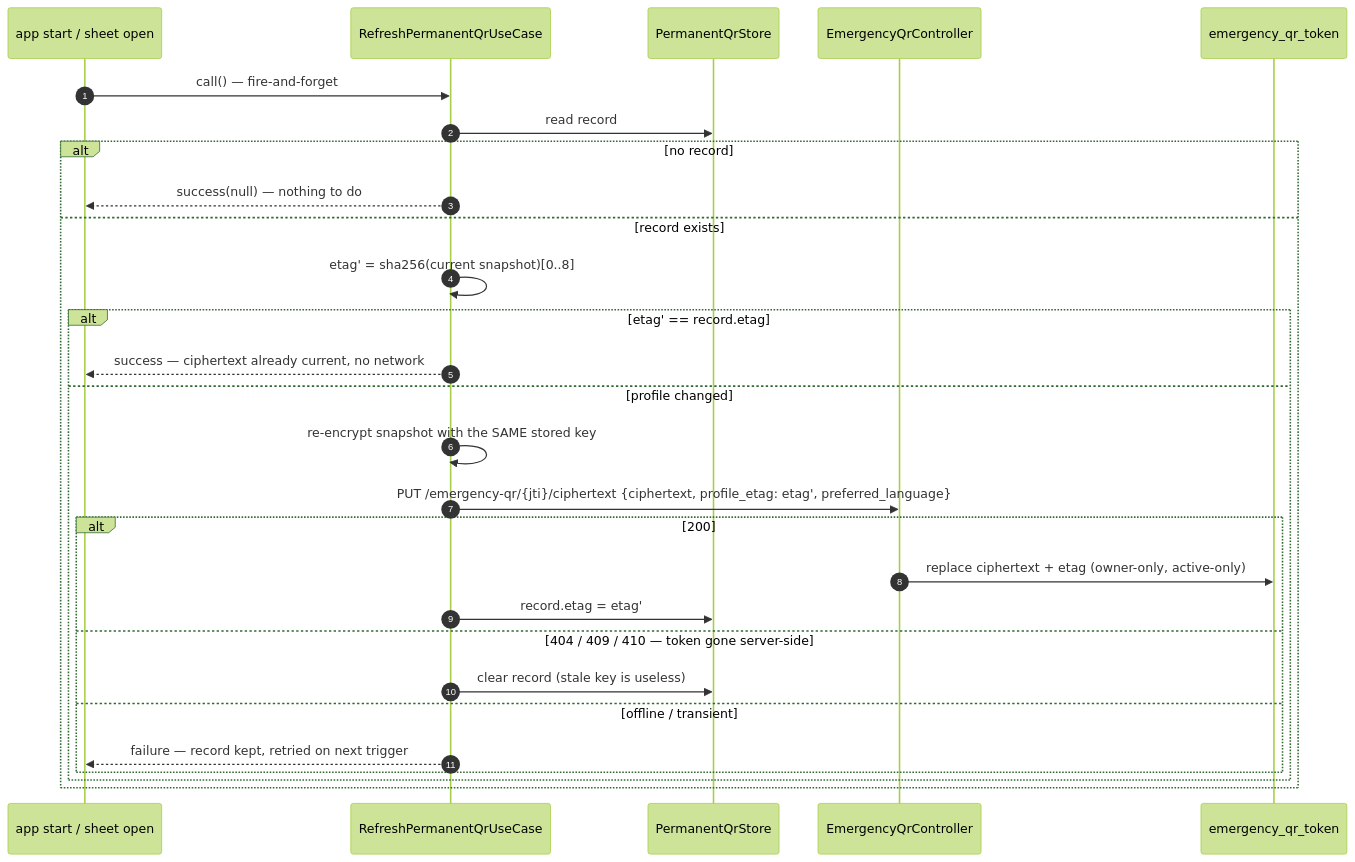
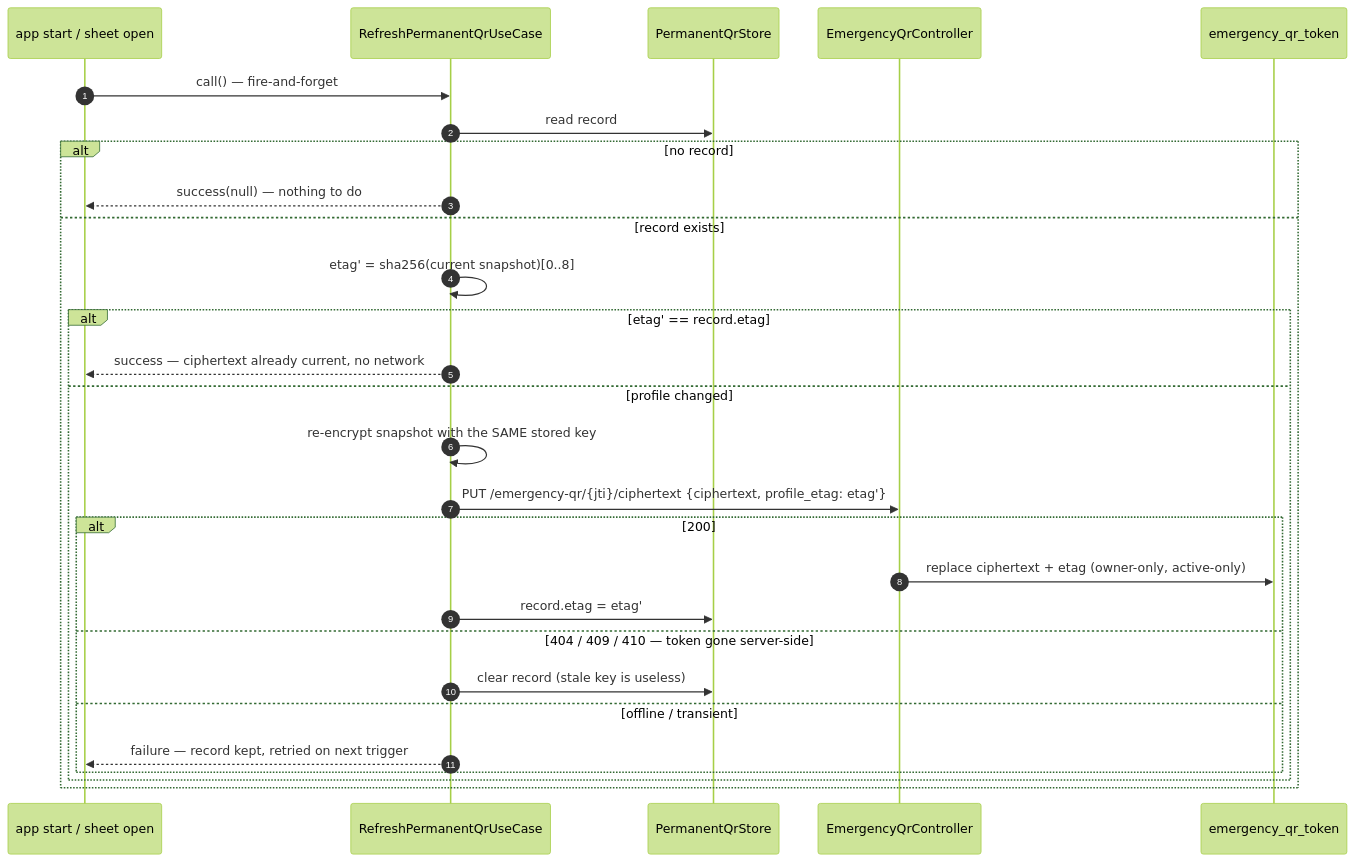
Before and after one commit to balsm-health/Balsm-API-DotNet: the second of 2 diagrams in docs/architecture/c4/emergency-qr/dynamic-permanent-refresh.md, drawn with Mermaid (forest theme). The commit also changed other lines of this file and 2 other files, not shown here.

Commit message:
docs(c4): emergency-qr diagrams follow spec v2.0
Uniform 404 replaces the 410 distinction, preferred_language leaves the
token row and the refresh request (language lives inside the encrypted
payload), the token row gains type, and resolves append to
qr_scan_record for the owner's scan history.

Claude-Session: https://claude.ai/code/session_01UUdozai2EiaGuX8J8KGQmF

````diff
--- a/docs/architecture/c4/emergency-qr/dynamic-permanent-refresh.md
+++ b/docs/architecture/c4/emergency-qr/dynamic-permanent-refresh.md
@@ -37,31 +37,31 @@
 ```mermaid
 sequenceDiagram
   autonumber
   participant Trigger as app start / sheet open
   participant UC as RefreshPermanentQrUseCase
   participant KS as PermanentQrStore
   participant API as EmergencyQrController
   participant Db as emergency_qr_token
 
   Trigger->>UC: call() — fire-and-forget
   UC->>KS: read record
   alt no record
     UC-->>Trigger: success(null) — nothing to do
   else record exists
     UC->>UC: etag' = sha256(current snapshot)[0..8]
     alt etag' == record.etag
       UC-->>Trigger: success — ciphertext already current, no network
     else profile changed
       UC->>UC: re-encrypt snapshot with the SAME stored key
-      UC->>API: PUT /emergency-qr/{jti}/ciphertext {ciphertext, profile_etag: etag', preferred_language}
+      UC->>API: PUT /emergency-qr/{jti}/ciphertext {ciphertext, profile_etag: etag'}
       alt 200
         API->>Db: replace ciphertext + etag (owner-only, active-only)
         UC->>KS: record.etag = etag'
       else 404 / 409 / 410 — token gone server-side
         UC->>KS: clear record (stale key is useless)
       else offline / transient
         UC-->>Trigger: failure — record kept, retried on next trigger
       end
     end
   end
 ```
````
